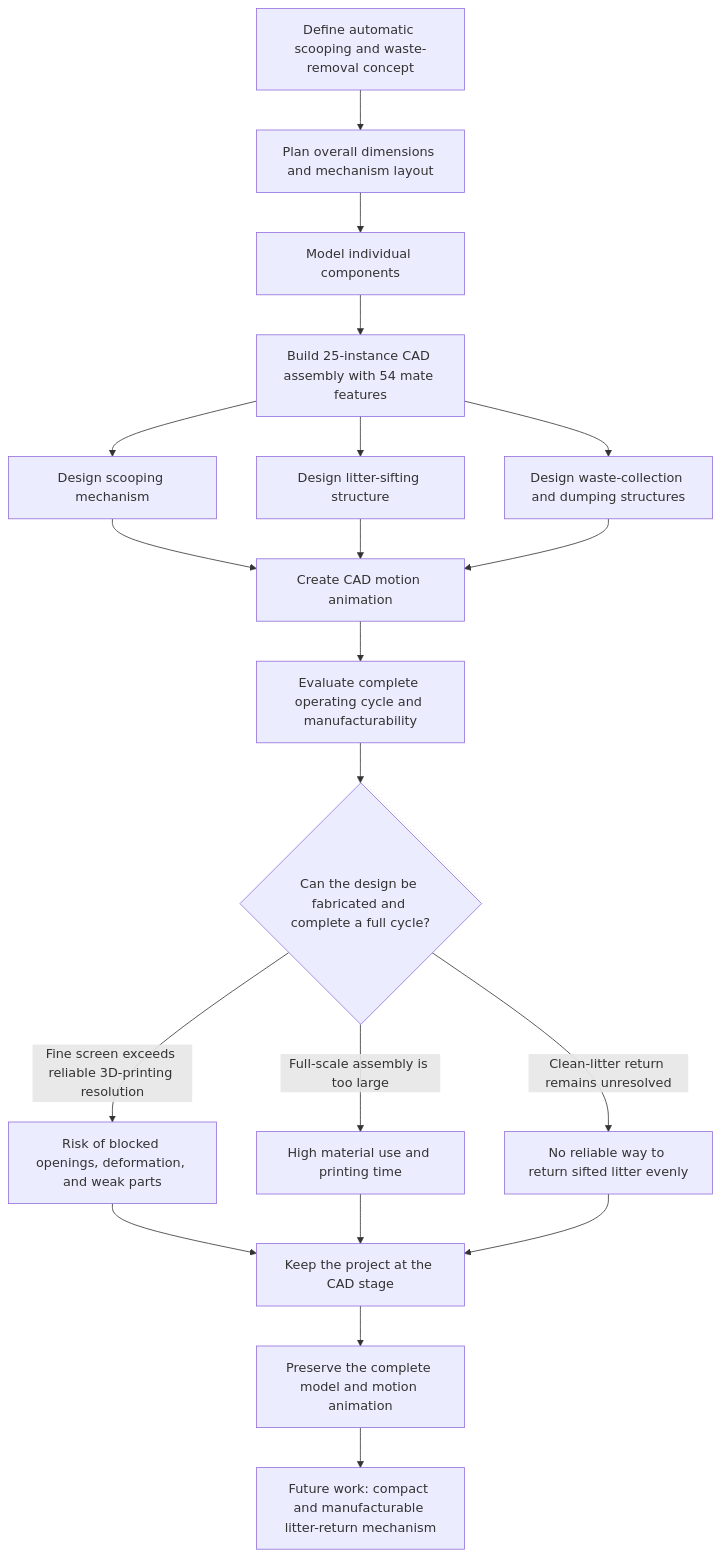
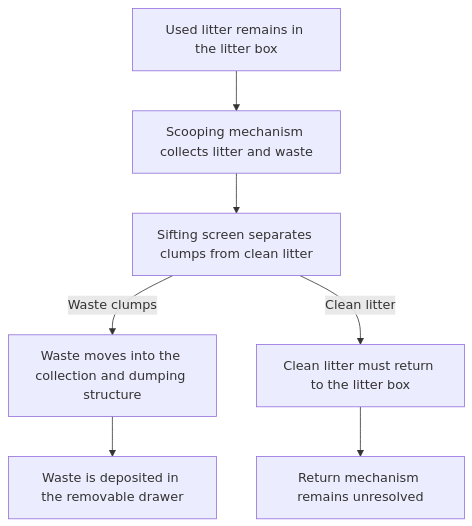
Before and after one commit to 147y111/Automatic-Litter-Box: the diagram in README.md, drawn with Mermaid. The commit also changed other lines of this file, not shown here.

Commit message:
Show intended operating flow and organize project media

````diff
--- a/README.md
+++ b/README.md
@@ -19,24 +15,9 @@
 ```mermaid
 flowchart TD
-    A[Define automatic scooping and waste-removal concept] --> B[Plan overall dimensions and mechanism layout]
-    B --> C[Model individual components]
-    C --> D[Build 25-instance CAD assembly with 54 mate features]
-    D --> E[Design scooping mechanism]
-    D --> F[Design litter-sifting structure]
-    D --> G[Design waste-collection and dumping structures]
-    E --> H[Create CAD motion animation]
-    F --> H
-    G --> H
-    H --> I[Evaluate complete operating cycle and manufacturability]
-
-    I --> J{Can the design be fabricated and complete a full cycle?}
-    J -->|Fine screen exceeds reliable 3D-printing resolution| K[Risk of blocked openings, deformation, and weak parts]
-    J -->|Full-scale assembly is too large| L[High material use and printing time]
-    J -->|Clean-litter return remains unresolved| M[No reliable way to return sifted litter evenly]
-
-    K --> N[Keep the project at the CAD stage]
-    L --> N
-    M --> N
-    N --> O[Preserve the complete model and motion animation]
-    O --> P[Future work: compact and manufacturable litter-return mechanism]
+    A[Used litter remains in the litter box] --> B[Scooping mechanism collects litter and waste]
+    B --> C[Sifting screen separates clumps from clean litter]
+    C -->|Waste clumps| D[Waste moves into the collection and dumping structure]
+    D --> E[Waste is deposited in the removable drawer]
+    C -->|Clean litter| F[Clean litter must return to the litter box]
+    F --> G[Return mechanism remains unresolved]
 ```
````
